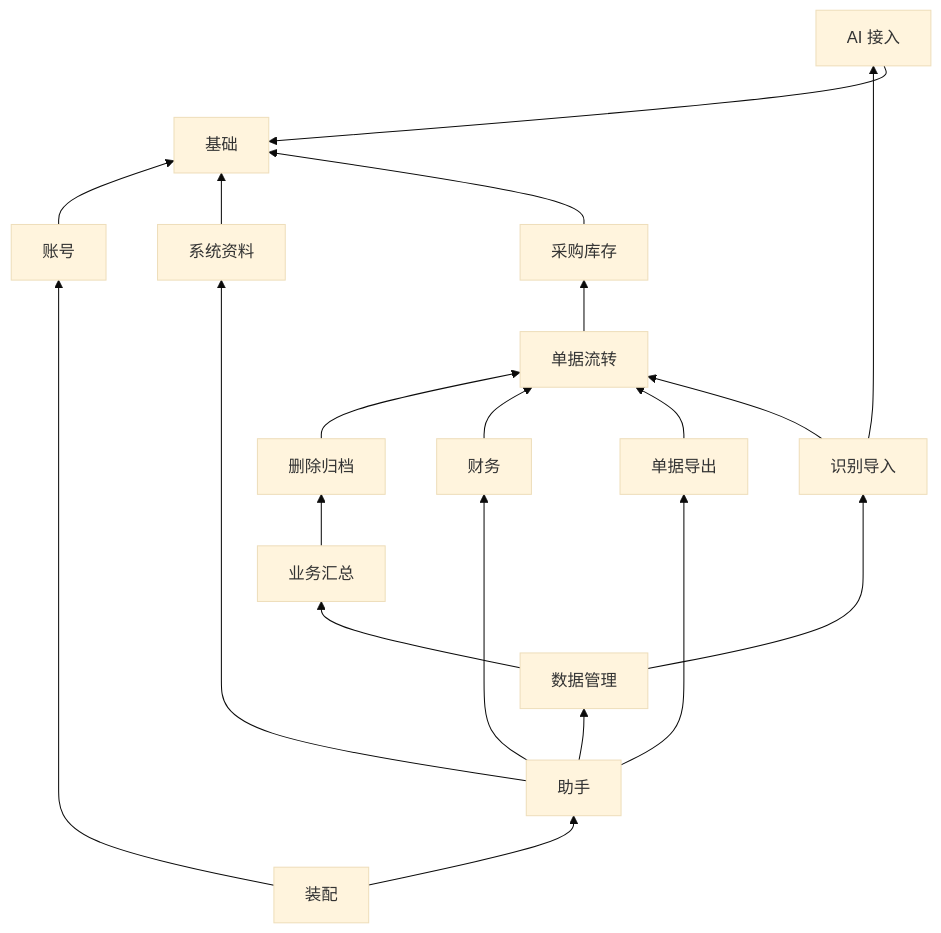
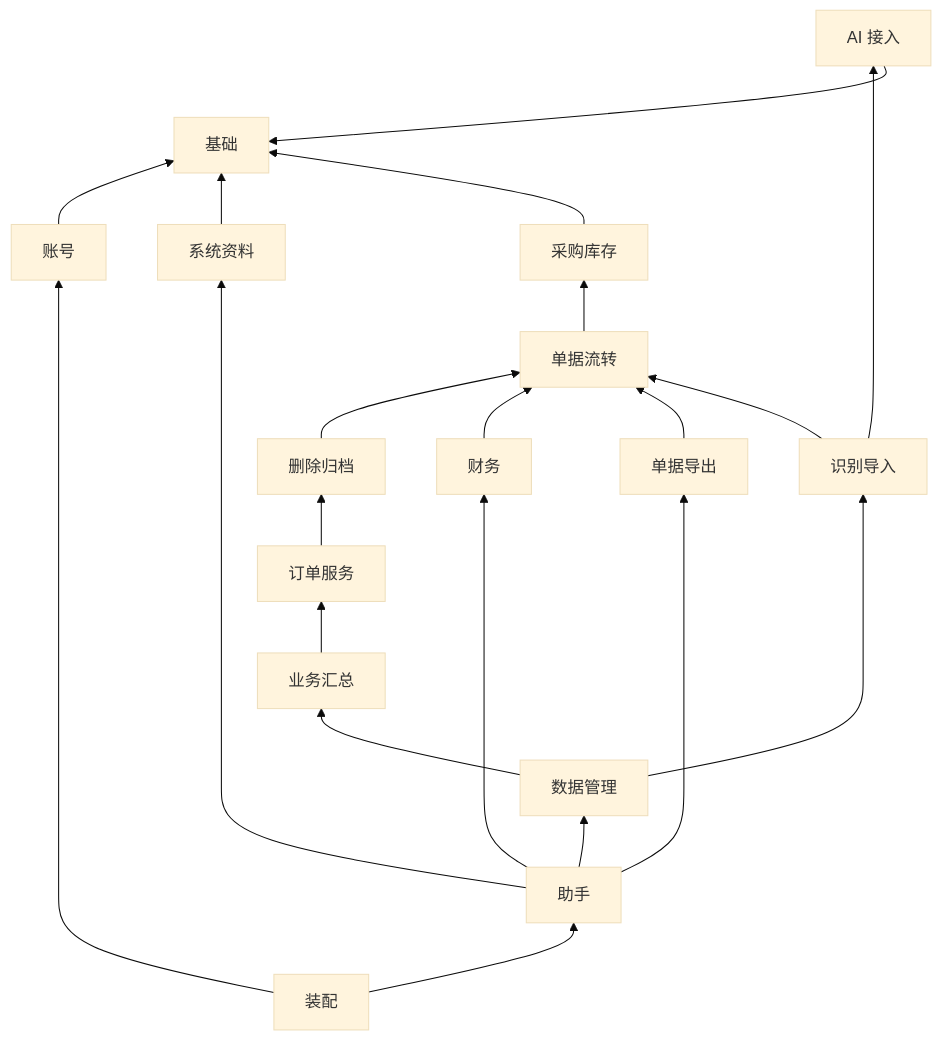
One commit to empitor/yongle-carton-erp changed the second of 2 diagrams in docs/架构说明.md. Above: the diagram before and after it, drawn with Mermaid (base theme). The commit also changed other lines of this file and 64 other files, not shown here.

````diff
--- a/docs/架构说明.md
+++ b/docs/架构说明.md
@@ -76,23 +77,24 @@
 ```mermaid
 flowchart BT
   core[基础] ~~~ ai[AI 接入]
   ai --> core
   accounts[账号] --> core
   sys[系统资料] --> core
   ops[采购库存] --> core
   flow[单据流转] --> ops
   life[删除归档] --> flow
-  biz[业务汇总] --> life
+  orders[订单服务] --> life
+  biz[业务汇总] --> orders
   fin[财务] --> flow
   doc[单据导出] --> flow
   imp[识别导入] --> flow
   imp --> ai
   adm[数据管理] --> biz
   adm --> imp
   ast[助手] --> adm
   ast --> doc
   ast --> fin
   ast --> sys
   app[装配] --> ast
   app --> accounts
 ```
````
